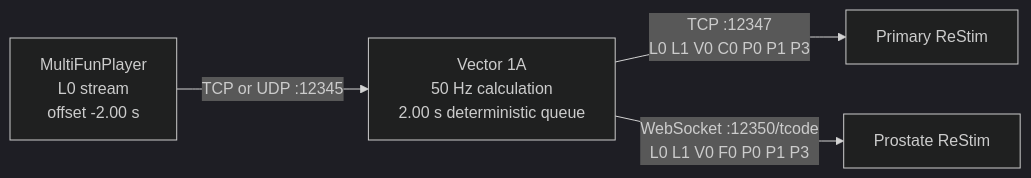
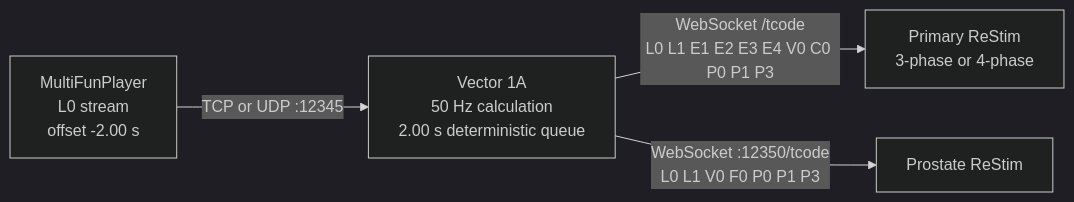
The diagram in README.md (Senorgif33/restim-vector-live), drawn with Mermaid (dark theme) before and after one commit. The commit also changed other lines of this file and 8 other files, not shown here.

````diff
--- a/README.md
+++ b/README.md
@@ -16,6 +16,6 @@
 ```mermaid
 flowchart LR
     MFP["MultiFunPlayer<br/>L0 stream<br/>offset -2.00 s"] -->|"TCP or UDP :12345"| V["Vector 1A<br/>50 Hz calculation<br/>2.00 s deterministic queue"]
-    V -->|"TCP :12347<br/>L0 L1 V0 C0 P0 P1 P3"| R1["Primary ReStim"]
+    V -->|"WebSocket /tcode<br/>L0 L1 E1 E2 E3 E4 V0 C0 P0 P1 P3"| R1["Primary ReStim<br/>3-phase or 4-phase"]
     V -->|"WebSocket :12350/tcode<br/>L0 L1 V0 F0 P0 P1 P3"| R2["Prostate ReStim"]
 ```
````
